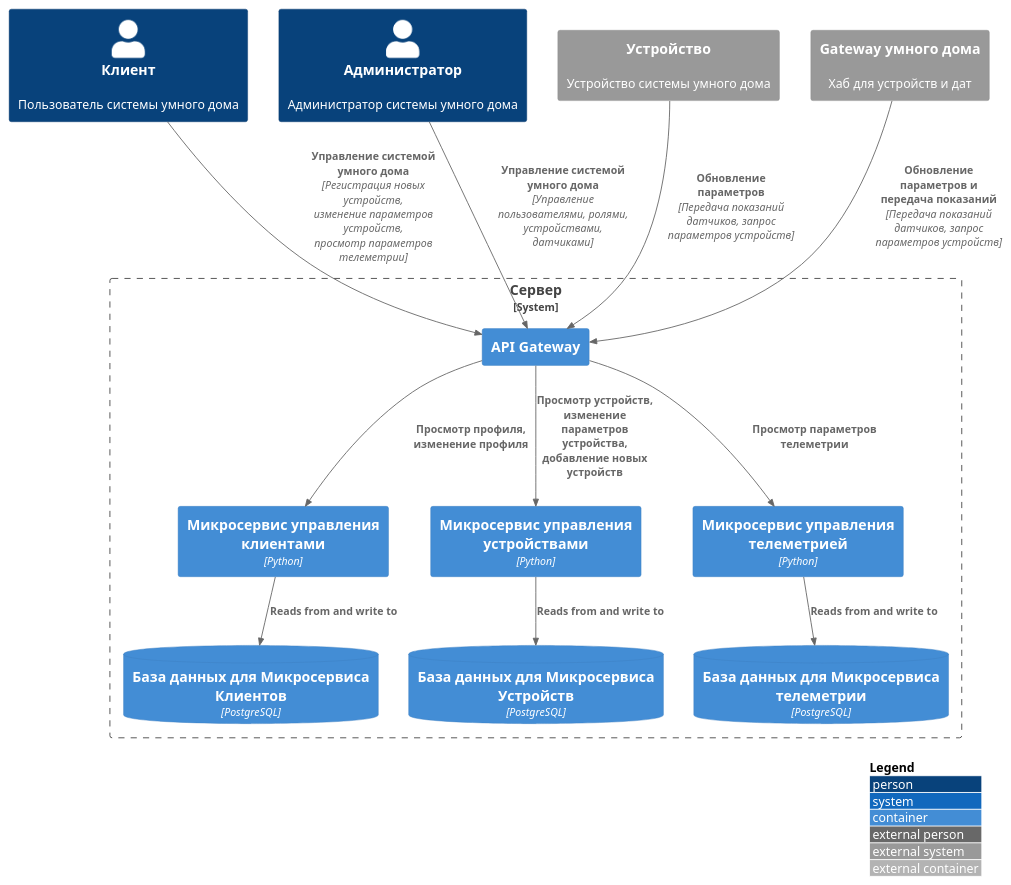
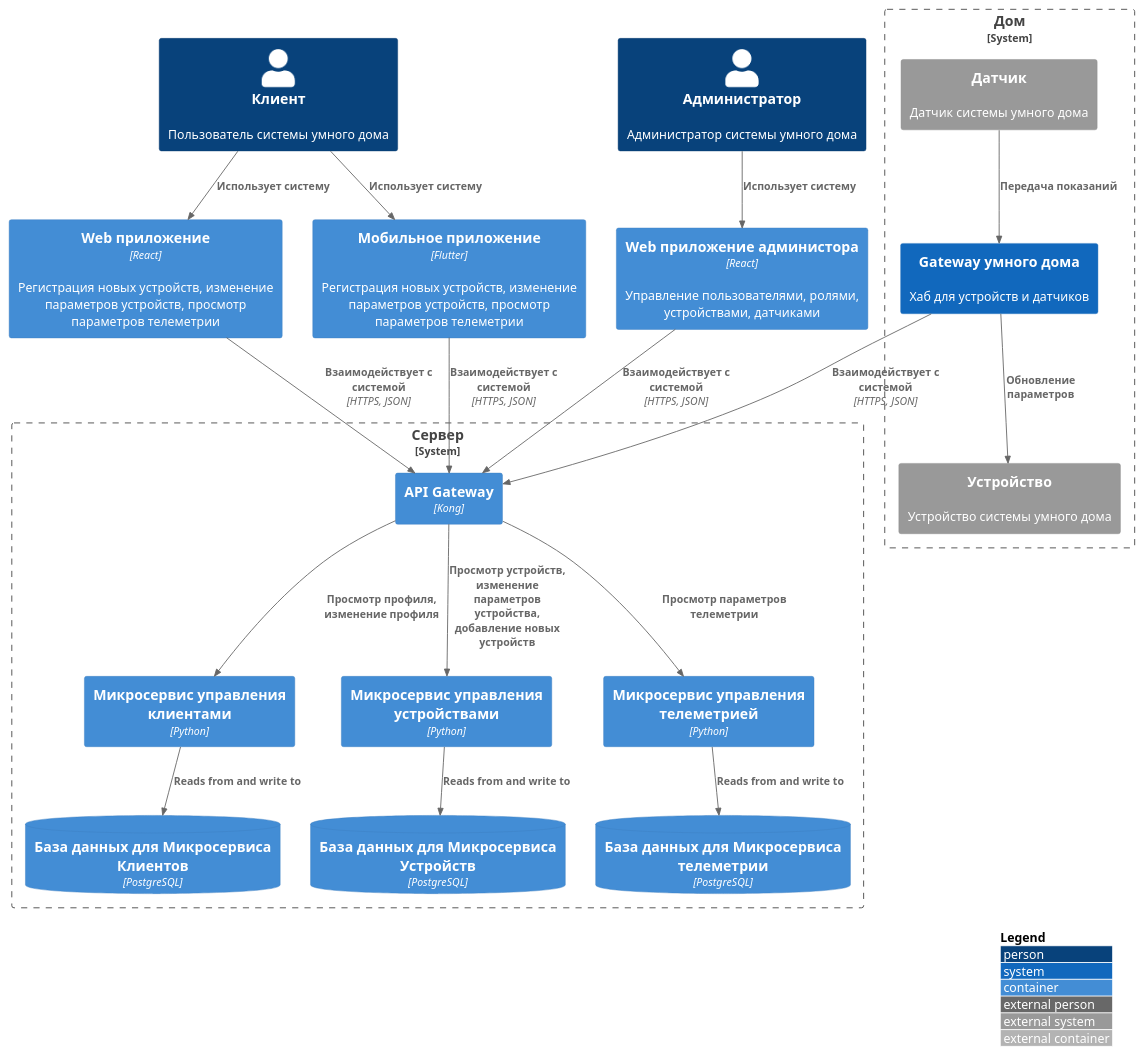
One commit to fireflysmk/architecture-sprint-3 changed the diagram in docs/docs/containers/containers.puml. Above: the diagram before and after it, drawn with PlantUML. The commit also changed 1 other file, not shown here.

Commit message:
Изменение в диаграммах контекста и контейнера

```diff
--- a/docs/docs/containers/containers.puml
+++ b/docs/docs/containers/containers.puml
@@ -1,38 +1,52 @@
 @startuml
 !include https://raw.githubusercontent.com/plantuml-stdlib/C4-PlantUML/master/C4_Container.puml
 
 skinparam wrapWidth 300
 LAYOUT_WITH_LEGEND()
 
 
 Person(user, "Клиент", "Пользователь системы умного дома")
 Person(admin, "Администратор", "Администратор системы умного дома")
+
+System_Boundary(home, "Дом") {
 System_Ext(device, "Устройство", "Устройство системы умного дома")
 System_Ext(sensor, "Датчик", "Датчик системы умного дома")
-System_Ext(sensor, "Gateway умного дома", "Хаб для устройств и дат")
+System(hub, "Gateway умного дома", "Хаб для устройств и датчиков")
+}
 
-System_Boundary(system, "Сервер", "Позволяет управлять устройствами пользователям и собирать с них информацию") {
+Container(web, "Web приложение", "React", "Регистрация новых устройств, изменение параметров устройств, просмотр параметров телеметрии")
+Container(mobileApp, "Мобильное приложение", "Flutter", "Регистрация новых устройств, изменение параметров устройств, просмотр параметров телеметрии")
+Container(webAdmin, "Web приложение администора", "React", "Управление пользователями, ролями, устройствами, датчиками")
+
+System_Boundary(system, "Сервер") {
     Container(users, "Микросервис управления клиентами", "Python")
     Container(devices, "Микросервис управления устройствами", "Python")
     Container(telemetry, "Микросервис управления телеметрией", "Python")
-    Container(gateway, "API Gateway")
+    Container(gateway, "API Gateway", "Kong")
     ContainerDb(db_users, "База данных для Микросервиса Клиентов", "PostgreSQL")
     ContainerDb(db_devices, "База данных для Микросервиса Устройств", "PostgreSQL")
     ContainerDb(db_telemetry, "База данных для Микросервиса телеметрии", "PostgreSQL")
 }
 
 Rel(users, db_users, "Reads from and write to")
 Rel(devices, db_devices, "Reads from and write to")
 Rel(telemetry, db_telemetry, "Reads from and write to")
 
-Rel(user, gateway, "Управление системой умного дома", "Регистрация новых устройств, изменение параметров устройств, просмотр параметров телеметрии")
-Rel(admin, gateway, "Управление системой умного дома", "Управление пользователями, ролями, устройствами, датчиками")
+Rel(user, web, "Использует систему")
+Rel(user, mobileApp, "Использует систему")
+Rel(admin, webAdmin, "Использует систему")
+
+Rel(web, gateway, "Взаимодействует с системой", "HTTPS, JSON")
+Rel(mobileApp, gateway, "Взаимодействует с системой", "HTTPS, JSON")
+Rel(webAdmin, gateway, "Взаимодействует с системой", "HTTPS, JSON")
 
 Rel(gateway, users, "Просмотр профиля, изменение профиля")
 Rel(gateway, devices, "Просмотр устройств, изменение параметров устройства, добавление новых устройств")
 Rel(gateway, telemetry, "Просмотр параметров телеметрии")
 
-Rel(device, gateway, "Обновление параметров", "Передача показаний датчиков, запрос параметров устройств")
-Rel(sensor, gateway, "Обновление параметров и передача показаний", "Передача показаний датчиков, запрос параметров устройств")
+Rel(hub, device, "Обновление параметров")
+Rel(sensor, hub, "Передача показаний")
+Rel(hub, gateway, "Взаимодействует с системой", "HTTPS, JSON")
+
 
 @enduml
```
